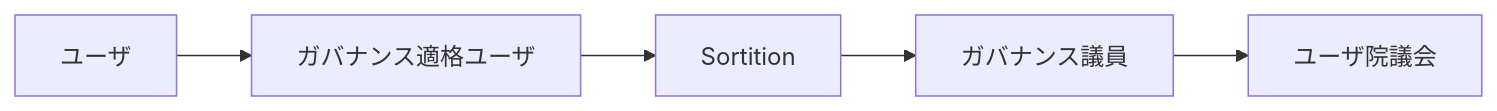
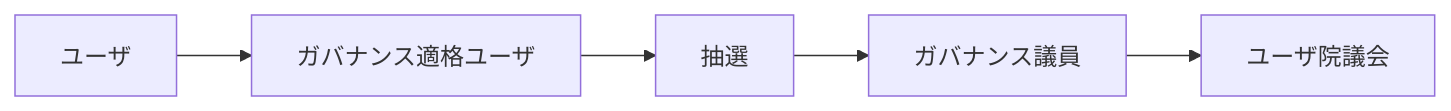
Before and after one commit to ShigeichiroYamasaki/creator-first-platform: the fifth of 17 diagrams in docs/whitepaper/01-vision.md, drawn with Mermaid. The commit also changed other lines of this file and 72 other files, not shown here.

````diff
--- a/docs/whitepaper/01-vision.md
+++ b/docs/whitepaper/01-vision.md
@@ -131,10 +131,10 @@
 ```mermaid
 flowchart LR
     USERS[ユーザ]
     ELIGIBLE[ガバナンス適格ユーザ]
-    SORT[Sortition]
+    SORT[抽選]
     MEMBER[ガバナンス議員]
     HOUSE[ユーザ院議会]
 
     USERS --> ELIGIBLE --> SORT --> MEMBER --> HOUSE
 ```
````
